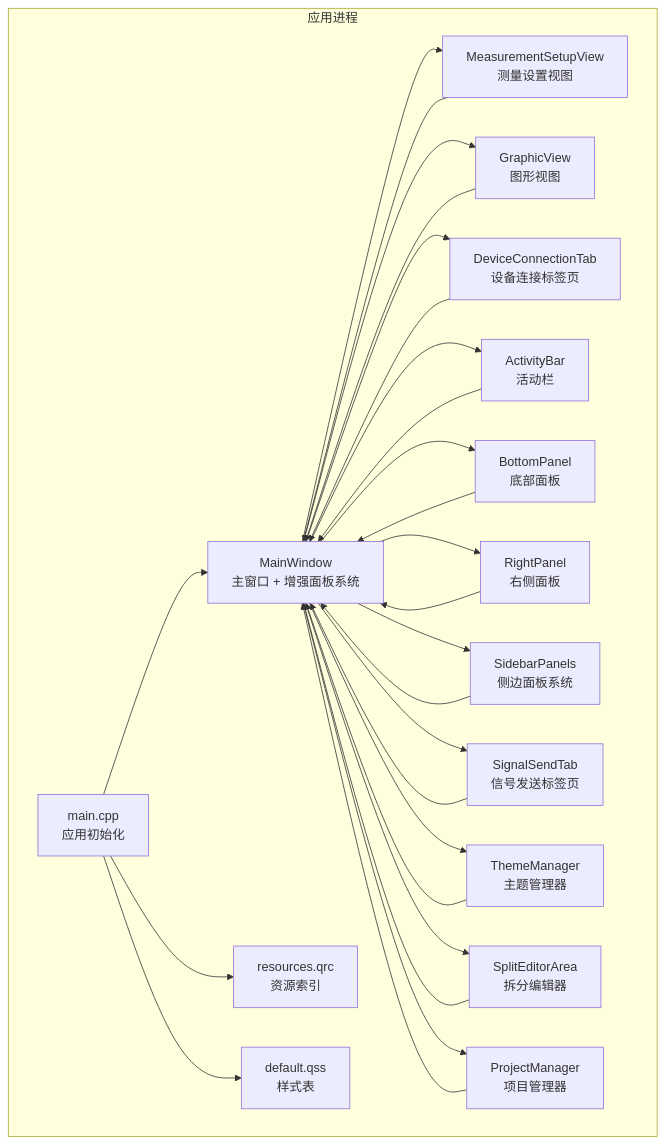
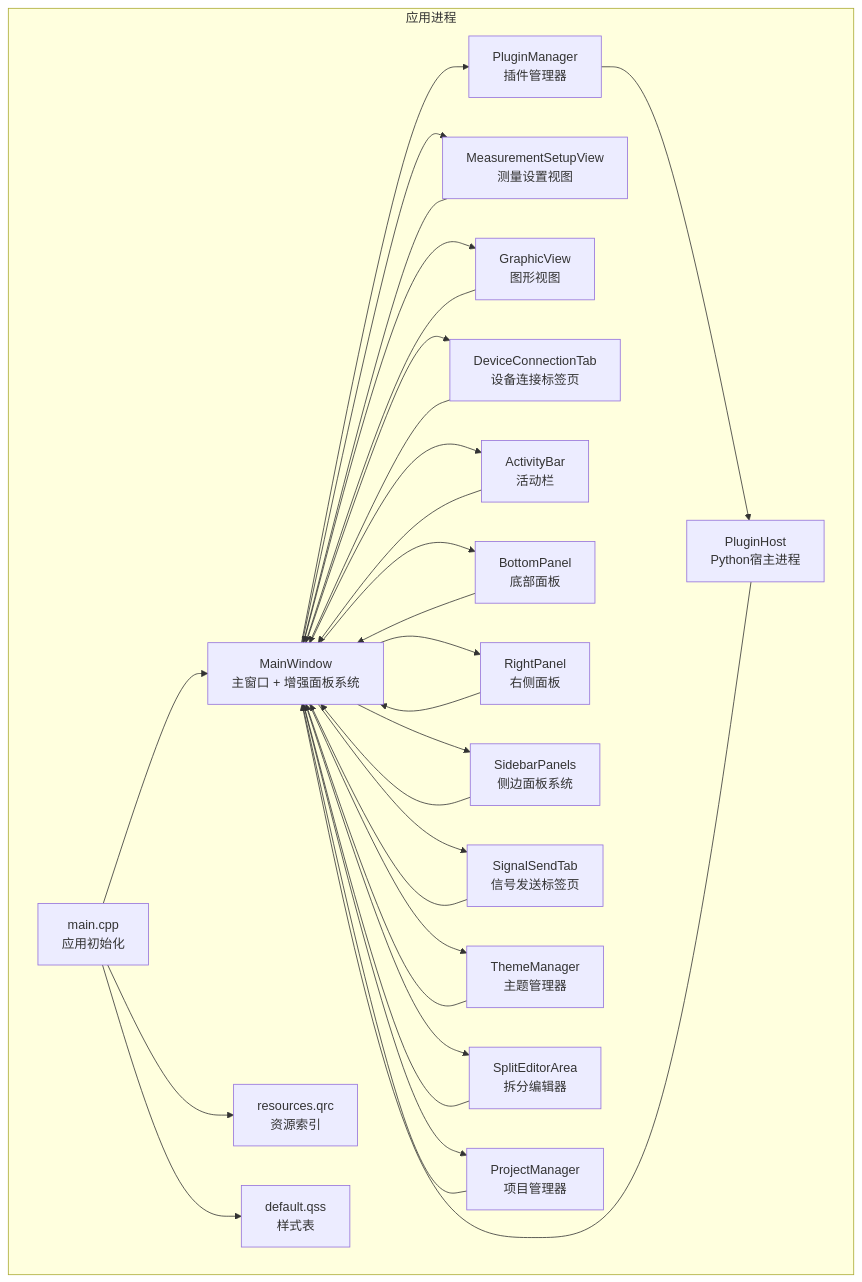
One commit to jakecai1225-design/OpenBus changed the second of 4 diagrams in .qoder/repowiki/zh/content/架构设计/主窗口组件架构.md. Above: the diagram before and after it, drawn with Mermaid. The commit also changed other lines of this file and 22 other files, not shown here.

````diff
--- a/.qoder/repowiki/zh/content/架构设计/主窗口组件架构.md
+++ b/.qoder/repowiki/zh/content/架构设计/主窗口组件架构.md
@@ -157,45 +146,50 @@
 ```mermaid
 graph TB
 subgraph "应用进程"
 M["main.cpp<br/>应用初始化"]
 MW["MainWindow<br/>主窗口 + 增强面板系统"]
+PM["PluginManager<br/>插件管理器"]
+PH["PluginHost<br/>Python宿主进程"]
 MSV["MeasurementSetupView<br/>测量设置视图"]
 GV["GraphicView<br/>图形视图"]
 DCT["DeviceConnectionTab<br/>设备连接标签页"]
 AB["ActivityBar<br/>活动栏"]
 BP["BottomPanel<br/>底部面板"]
 RP["RightPanel<br/>右侧面板"]
 SP["SidebarPanels<br/>侧边面板系统"]
 ST["SignalSendTab<br/>信号发送标签页"]
 TM["ThemeManager<br/>主题管理器"]
 SEA["SplitEditorArea<br/>拆分编辑器"]
-PM["ProjectManager<br/>项目管理器"]
+PRM["ProjectManager<br/>项目管理器"]
 R["resources.qrc<br/>资源索引"]
 QSS["default.qss<br/>样式表"]
 end
 M --> MW
 M --> R
 M --> QSS
+MW --> PM
+PM --> PH
 MW --> MSV
 MW --> GV
 MW --> DCT
 MW --> AB
 MW --> BP
 MW --> RP
 MW --> SP
 MW --> ST
 MW --> TM
 MW --> SEA
-MW --> PM
+MW --> PRM
 MSV --> MW
 GV --> MW
 DCT --> MW
 AB --> MW
 BP --> MW
 RP --> MW
 SP --> MW
 ST --> MW
 TM --> MW
 SEA --> MW
-PM --> MW
+PRM --> MW
+PH --> MW
 ```
````
